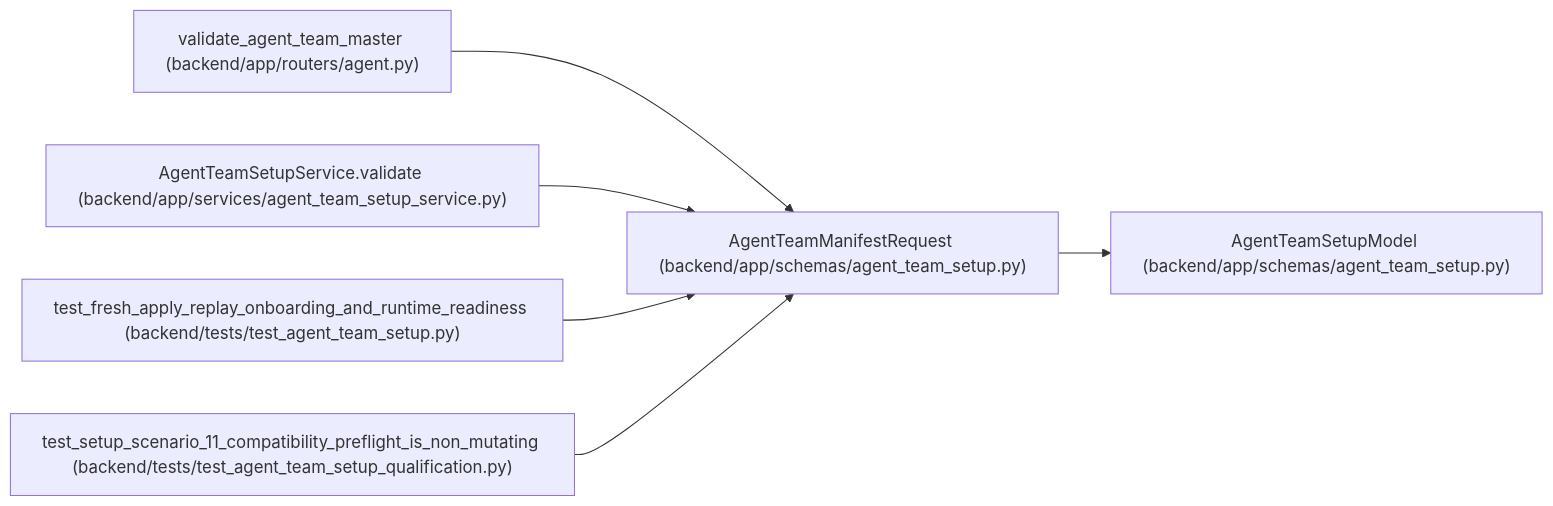
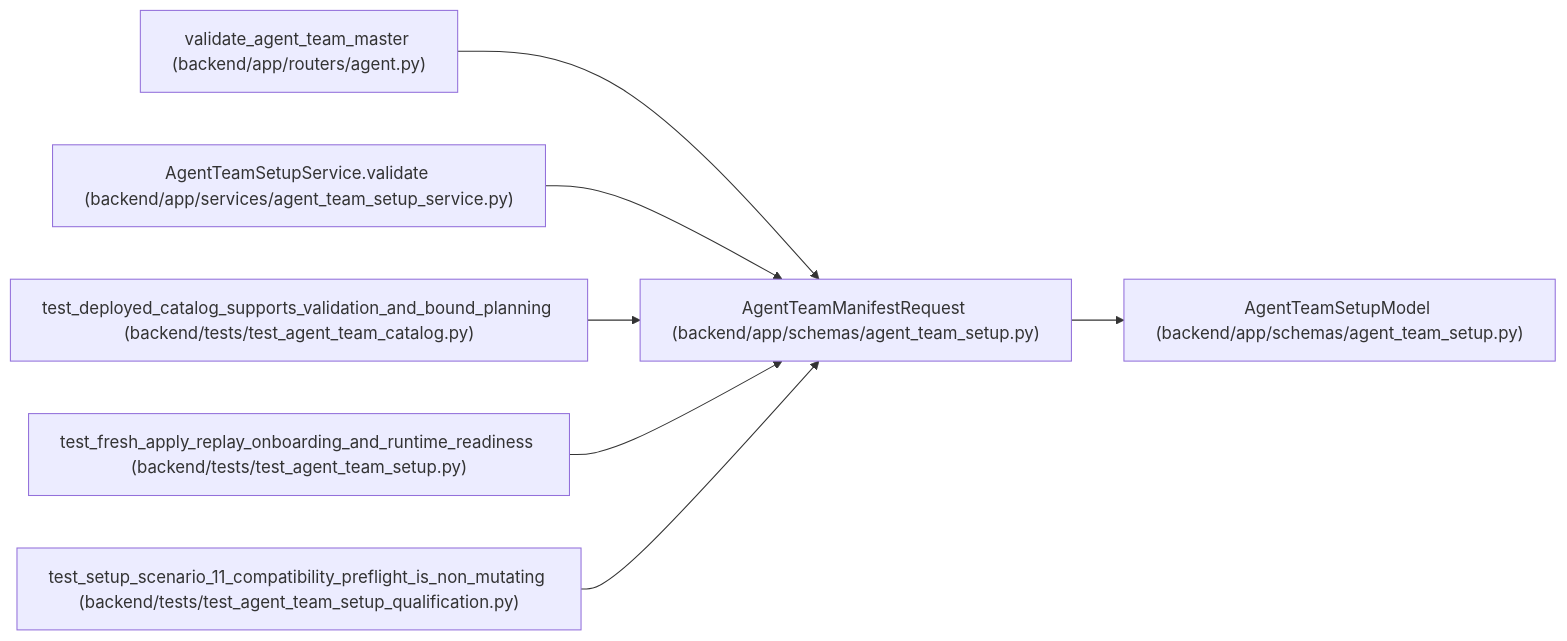
One commit to Denissvgn/WorkChord changed the diagram in docs/llm_wiki/entities/AgentTeamManifestRequest.md. Above: the diagram before and after it, drawn with Mermaid. The commit also changed other lines of this file and 239 other files, not shown here.

Commit message:
docs(wiki): describe deployed catalog compatibility

````diff
--- a/docs/llm_wiki/entities/AgentTeamManifestRequest.md
+++ b/docs/llm_wiki/entities/AgentTeamManifestRequest.md
@@ -25,20 +25,23 @@
 ```mermaid
 flowchart LR
     n0["AgentTeamManifestRequest (backend/app/schemas/agent_team_setup.py)"]
     n1["AgentTeamSetupModel (backend/app/schemas/agent_team_setup.py)"]
     n2["validate_agent_team_master (backend/app/routers/agent.py)"]
     n3["AgentTeamSetupService.validate (backend/app/services/agent_team_setup_service.py)"]
-    n4["test_fresh_apply_replay_onboarding_and_runtime_readiness (backend/tests/test_agent_team_setup.py)"]
-    n5["test_setup_scenario_11_compatibility_preflight_is_non_mutating (backend/tests/test_agent_team_setup_qualification.py)"]
+    n4["test_deployed_catalog_supports_validation_and_bound_planning (backend/tests/test_agent_team_catalog.py)"]
+    n5["test_fresh_apply_replay_onboarding_and_runtime_readiness (backend/tests/test_agent_team_setup.py)"]
+    n6["test_setup_scenario_11_compatibility_preflight_is_non_mutating (backend/tests/test_agent_team_setup_qualification.py)"]
     n0 --> n1
     n2 --> n0
     n3 --> n0
     n4 --> n0
     n5 --> n0
+    n6 --> n0
     click n0 "../modules/agent_team_setup.md"
     click n1 "../modules/agent_team_setup.md"
     click n2 "../modules/routers_agent.md"
     click n3 "../modules/agent_team_setup_service.md"
-    click n4 "../modules/test_agent_team_setup.md"
-    click n5 "../modules/test_agent_team_setup_qualification.md"
+    click n4 "../modules/test_agent_team_catalog.md"
+    click n5 "../modules/test_agent_team_setup.md"
+    click n6 "../modules/test_agent_team_setup_qualification.md"
 ```
````
